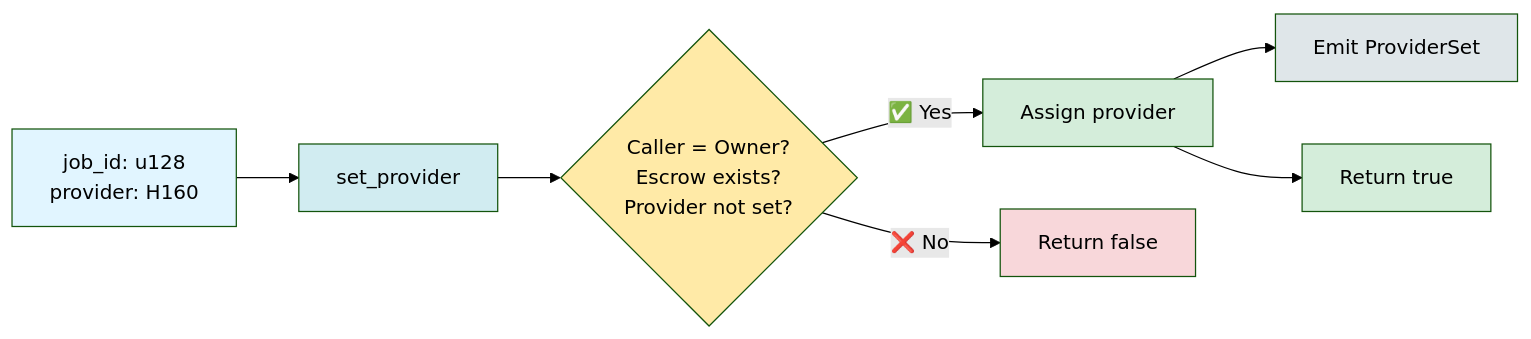
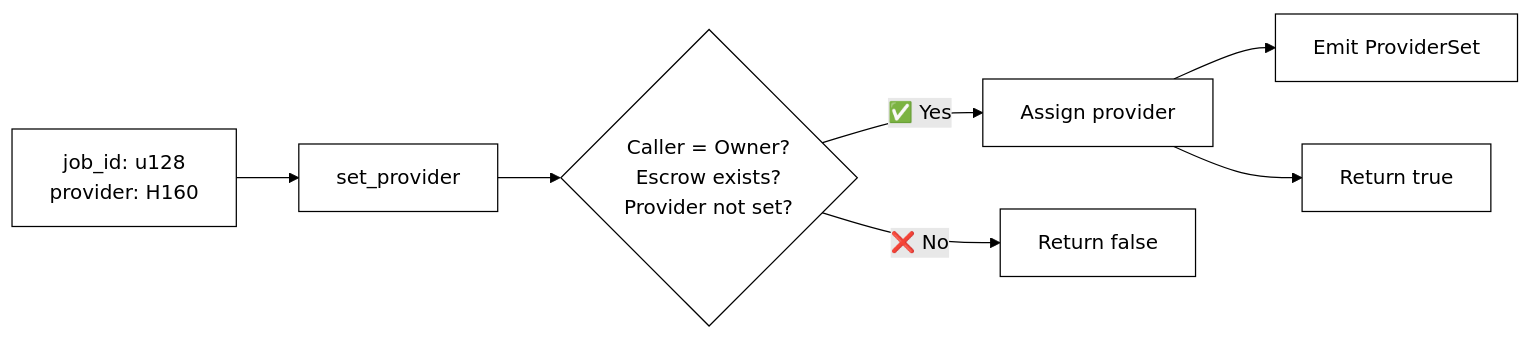
One commit to PolkaMesh/PolkaMesh-Contracts changed the fifth of 13 diagrams in payment_escrow/README.md. Above: the diagram before and after it, drawn with Mermaid (forest theme). The commit also changed other lines of this file and 4 other files, not shown here.

````diff
--- a/payment_escrow/README.md
+++ b/payment_escrow/README.md
@@ -121,17 +121,17 @@
 ```mermaid
 graph LR
     A[job_id: u128<br/>provider: H160] --> B[set_provider]
     B --> C{Caller = Owner?<br/>Escrow exists?<br/>Provider not set?}
     C -->|✅ Yes| D[Assign provider]
     C -->|❌ No| E[Return false]
     D --> F[Emit ProviderSet]
     D --> G[Return true]
 
-    style A fill:#e1f5ff
-    style B fill:#d1ecf1
-    style C fill:#ffeaa7
-    style D fill:#d4edda
-    style E fill:#f8d7da
-    style F fill:#dfe6e9
-    style G fill:#d4edda
+    style A fill:#ffffff,stroke:#000000,color:#000000
+    style B fill:#ffffff,stroke:#000000,color:#000000
+    style C fill:#ffffff,stroke:#000000,color:#000000
+    style D fill:#ffffff,stroke:#000000,color:#000000
+    style E fill:#ffffff,stroke:#000000,color:#000000
+    style F fill:#ffffff,stroke:#000000,color:#000000
+    style G fill:#ffffff,stroke:#000000,color:#000000
 ```
````
